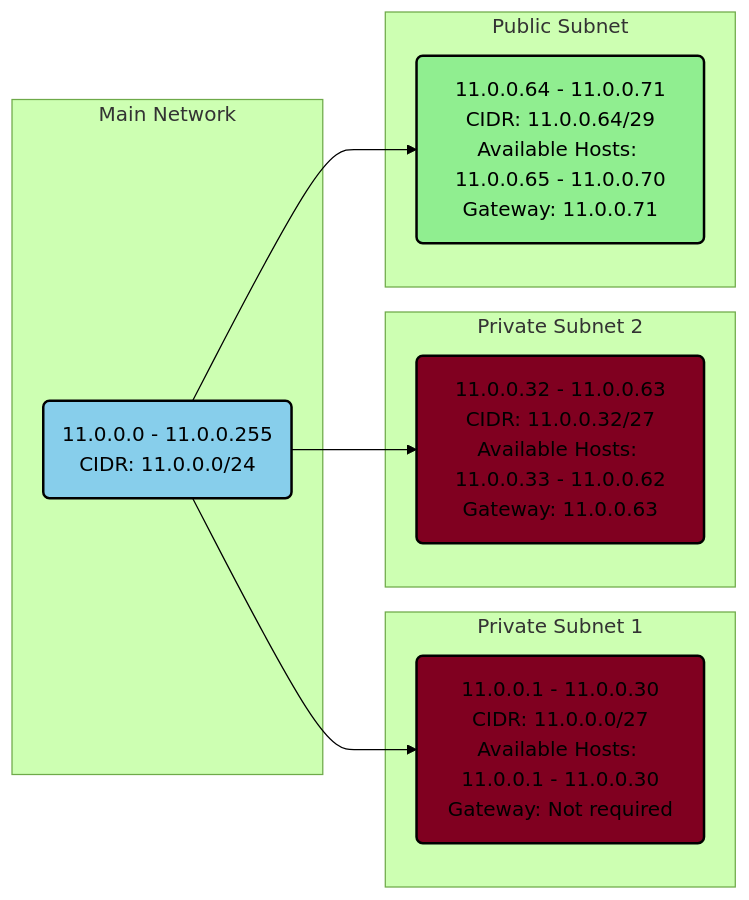
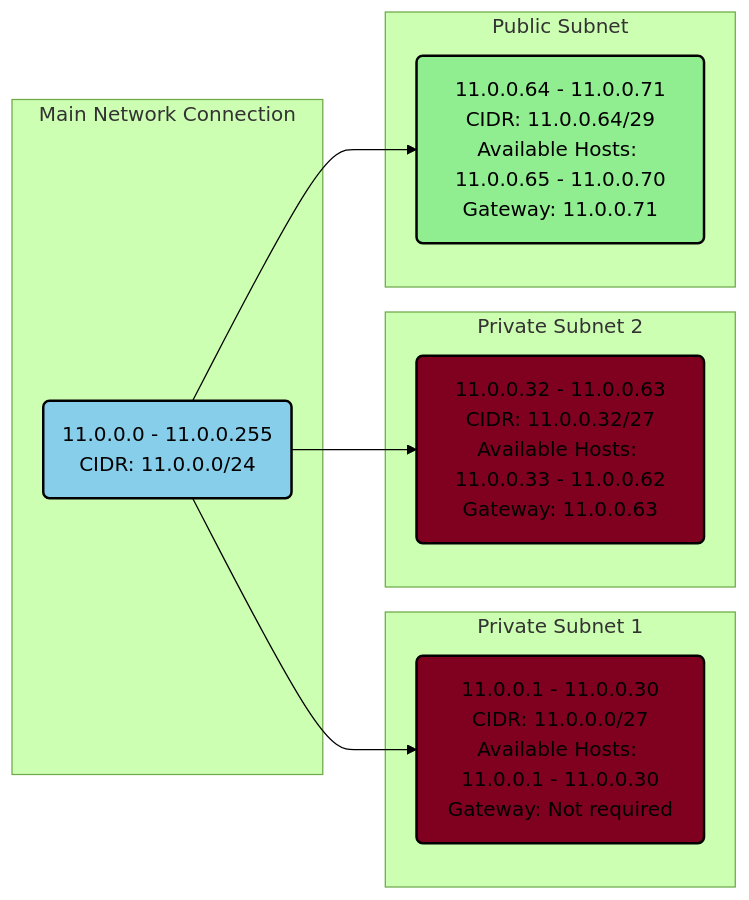
The diagram in 02_NTW/02_NTW_06_Subnetten/verslag.md (techgrounds/techgrounds-techgroundsStudent), drawn with Mermaid (forest theme) before and after one commit.

````diff
--- a/02_NTW/02_NTW_06_Subnetten/verslag.md
+++ b/02_NTW/02_NTW_06_Subnetten/verslag.md
@@ -17,31 +17,31 @@
 ```mermaid
 graph LR;
 
-subgraph Main Network
+subgraph Main Network Connection
     style subnet11 fill:#87CEEB,stroke:#000000,stroke-width:2px;
     subnet11(11.0.0.0 - 11.0.0.255<br/>CIDR: 11.0.0.0/24);
 end;
 
 subgraph Private Subnet 1
     style subnet1 fill:#800020,stroke:#000000,stroke-width:2px;
     class subnet1Text fill:#FFFFFF,stroke:none,font-weight:bold;
     subnet1(11.0.0.1 - 11.0.0.30<br/>CIDR: 11.0.0.0/27<br/>Available Hosts: 11.0.0.1 - 11.0.0.30<br/>Gateway: Not required);
 end;
 
 subgraph Private Subnet 2
     style subnet2 fill:#800020,stroke:#000000,stroke-width:2px;
     class subnet2Text fill:#FFFFFF,stroke:none,font-weight:bold;
     subnet2(11.0.0.32 - 11.0.0.63<br/>CIDR: 11.0.0.32/27<br/>Available Hosts: 11.0.0.33 - 11.0.0.62<br/>Gateway: 11.0.0.63);
 end;
 
 subgraph Public Subnet
     style subnetPublic fill:#90EE90,stroke:#000000,stroke-width:2px;
     subnetPublic(11.0.0.64 - 11.0.0.71<br/>CIDR: 11.0.0.64/29<br/>Available Hosts: 11.0.0.65 - 11.0.0.70<br/>Gateway: 11.0.0.71);
 end;
 
 subnet11 --> subnet1;
 subnet11 --> subnet2;
 subnet11 --> subnetPublic;
 
 
 ```
````
